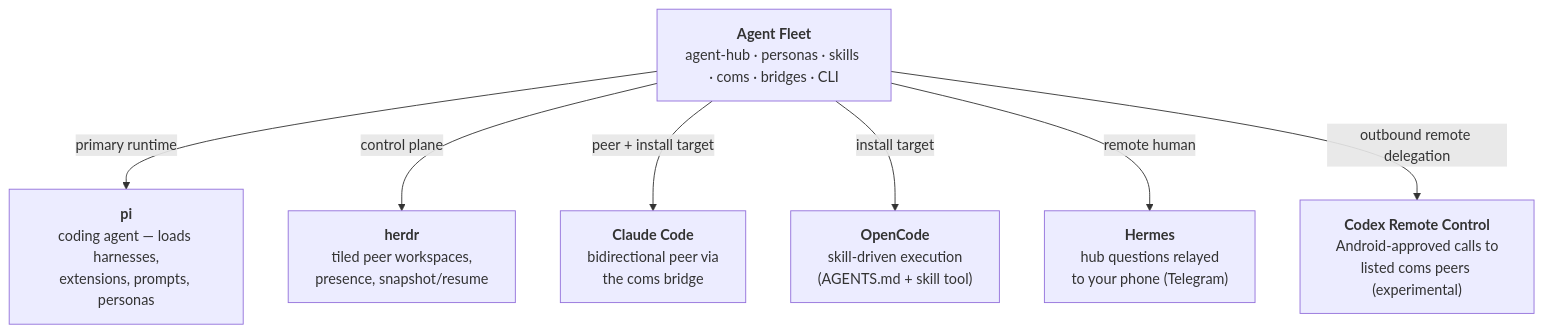
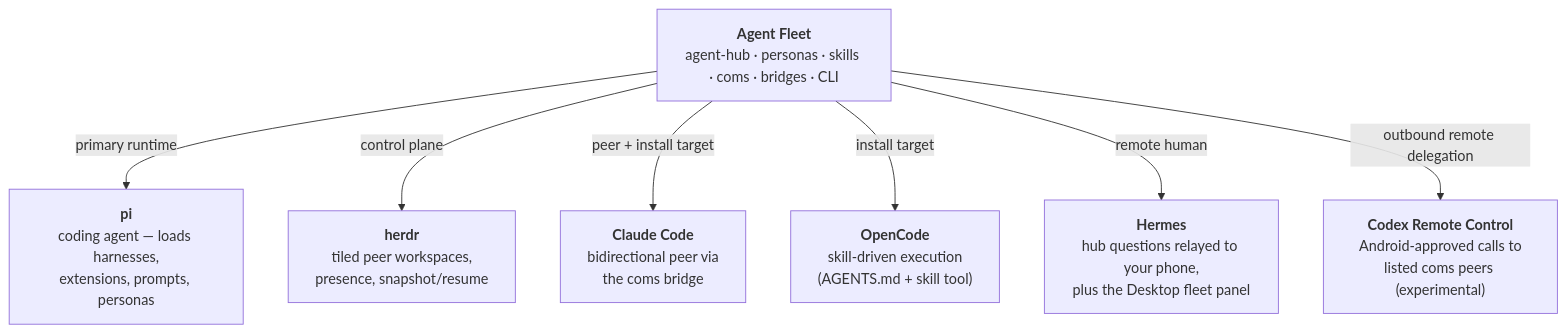
The second of 2 diagrams in docs/ARCHITECTURE.md (chankov/agent-fleet), drawn with Mermaid before and after one commit. The commit also changed other lines of this file and 65 other files, not shown here.

````diff
--- a/docs/ARCHITECTURE.md
+++ b/docs/ARCHITECTURE.md
@@ -134,10 +135,10 @@
 ```mermaid
 flowchart TD
     AF["<b>Agent Fleet</b><br/>agent-hub · personas · skills · coms · bridges · CLI"]
     AF -->|primary runtime| PI["<b>pi</b><br/>coding agent — loads harnesses,<br/>extensions, prompts, personas"]
     AF -->|control plane| HERDR["<b>herdr</b><br/>tiled peer workspaces,<br/>presence, snapshot/resume"]
     AF -->|peer + install target| CC["<b>Claude Code</b><br/>bidirectional peer via<br/>the coms bridge"]
     AF -->|install target| OC["<b>OpenCode</b><br/>skill-driven execution<br/>(AGENTS.md + skill tool)"]
-    AF -->|remote human| HERMES["<b>Hermes</b><br/>hub questions relayed<br/>to your phone (Telegram)"]
+    AF -->|remote human| HERMES["<b>Hermes</b><br/>hub questions relayed to your phone,<br/>plus the Desktop fleet panel"]
     AF -->|outbound remote delegation| CODEX["<b>Codex Remote Control</b><br/>Android-approved calls to<br/>listed coms peers (experimental)"]
 ```
````
